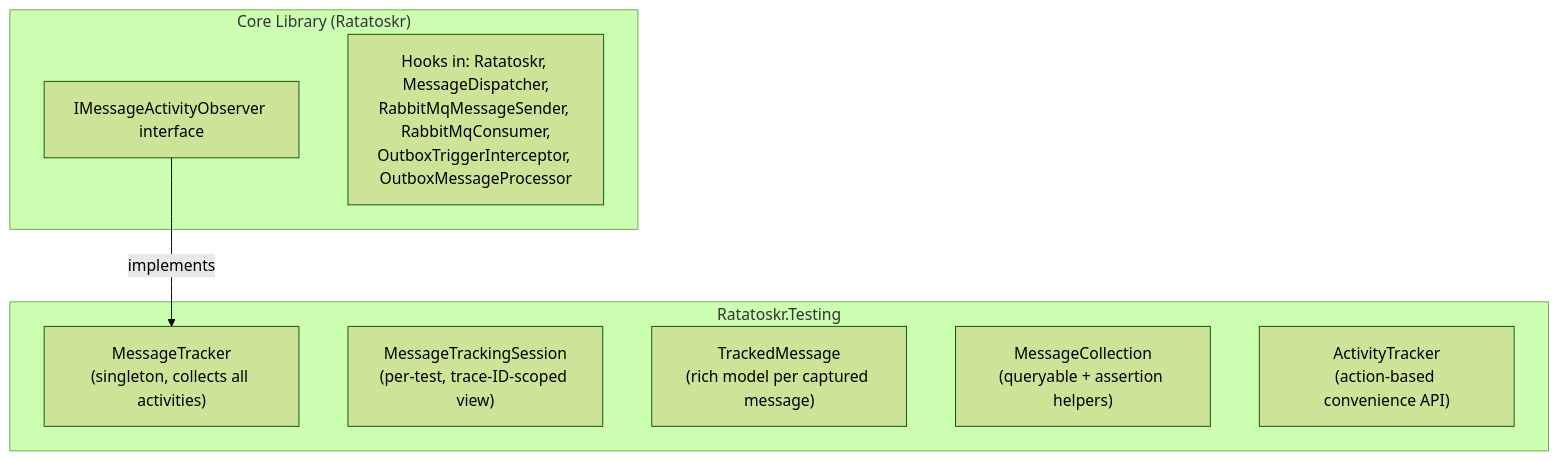
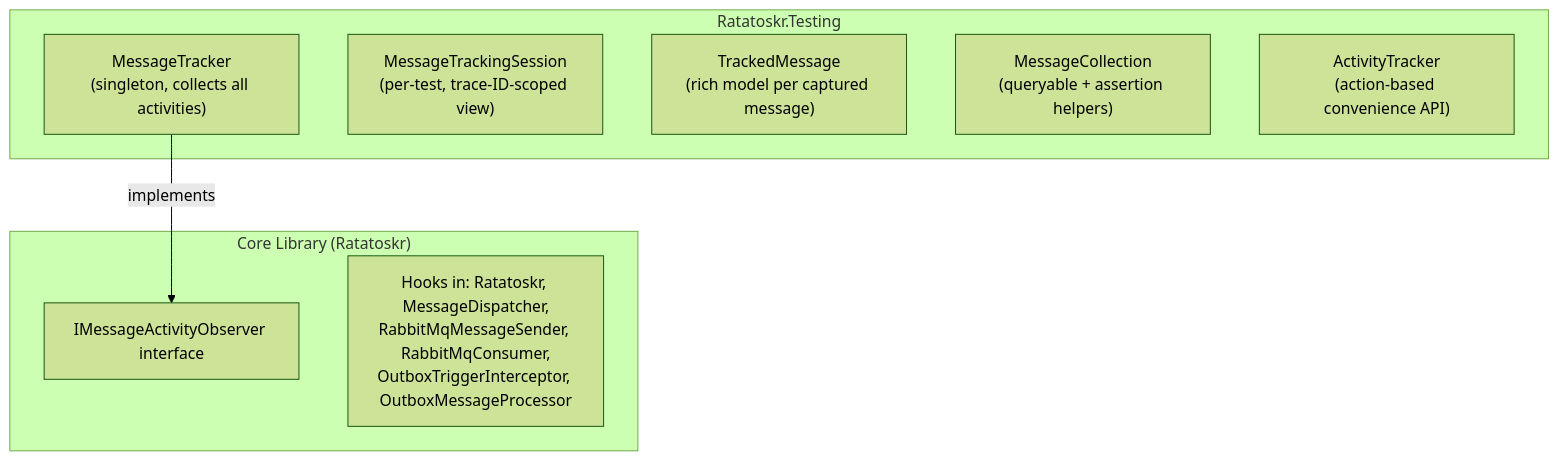
The diagram in docs/testing.md (saithis/Ratatoskr), drawn with Mermaid (forest theme) before and after one commit. The commit also changed other lines of this file and 11 other files, not shown here.

````diff
--- a/docs/testing.md
+++ b/docs/testing.md
@@ -299,17 +301,17 @@
 ```mermaid
 graph TD
     subgraph core["Core Library (Ratatoskr)"]
         observer["IMessageActivityObserver interface"]
         hooks["Hooks in: Ratatoskr, MessageDispatcher,<br/>RabbitMqMessageSender, RabbitMqConsumer,<br/>OutboxTriggerInterceptor, OutboxMessageProcessor"]
     end
 
     subgraph testing["Ratatoskr.Testing"]
         tracker["MessageTracker<br/>(singleton, collects all activities)"]
         session["MessageTrackingSession<br/>(per-test, trace-ID-scoped view)"]
         tracked["TrackedMessage<br/>(rich model per captured message)"]
         collection["MessageCollection<br/>(queryable + assertion helpers)"]
         activity["ActivityTracker<br/>(action-based convenience API)"]
     end
 
-    observer -->|implements| tracker
+    tracker -->|implements| observer
 ```
````
